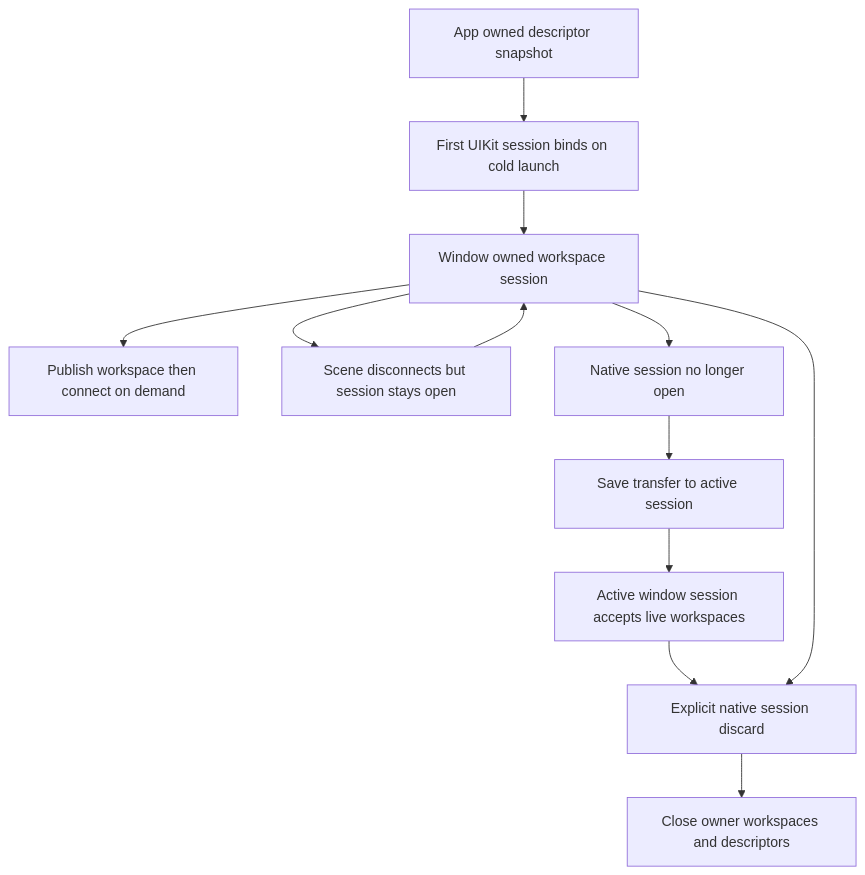
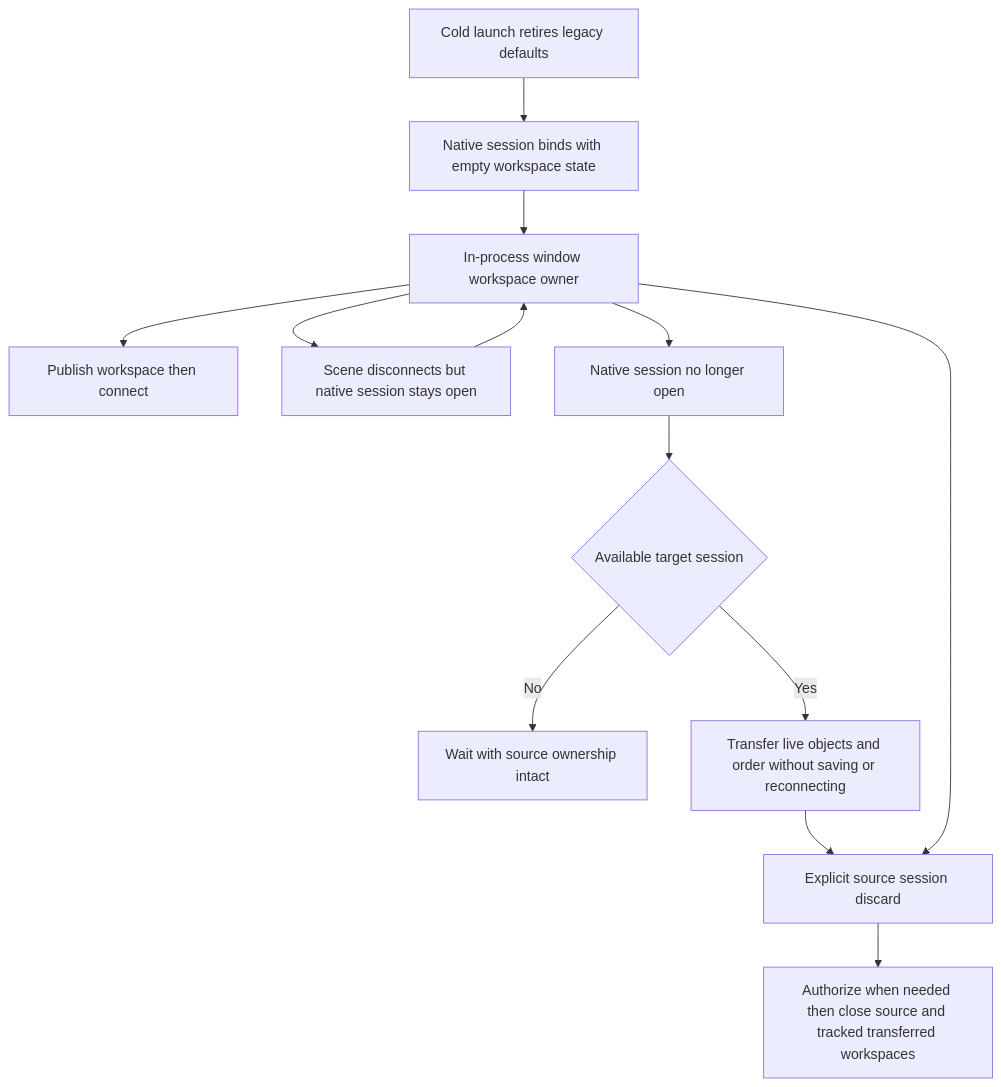
Before and after one commit to AkinoKaede/Termind: the fifth of 7 diagrams in openwiki/architecture/platform-runtime.md, drawn with Mermaid. The commit also changed other lines of this file and 65 other files, not shown here.

````diff
--- a/openwiki/architecture/platform-runtime.md
+++ b/openwiki/architecture/platform-runtime.md
@@ -374,14 +371,15 @@
 ```mermaid
 flowchart TD
-    Store["App owned descriptor snapshot"] --> Bind["First UIKit session binds on cold launch"]
-    Bind --> Owner["Window owned workspace session"]
-    Owner --> Open["Publish workspace then connect on demand"]
-    Owner --> Reclaim["Scene disconnects but session stays open"]
+    Cold["Cold launch retires legacy defaults"] --> Bind["Native session binds with empty workspace state"]
+    Bind --> Owner["In-process window workspace owner"]
+    Owner --> Open["Publish workspace then connect"]
+    Owner --> Reclaim["Scene disconnects but native session stays open"]
     Reclaim --> Owner
     Owner --> Missing["Native session no longer open"]
-    Missing --> Save["Save transfer to active session"]
-    Save --> Target["Active window session accepts live workspaces"]
-    Target --> Discard["Explicit native session discard"]
+    Missing --> Check{"Available target session"}
+    Check -->|"No"| Wait["Wait with source ownership intact"]
+    Check -->|"Yes"| Target["Transfer live objects and order without saving or reconnecting"]
+    Target --> Discard["Explicit source session discard"]
     Owner --> Discard
-    Discard --> Close["Close owner workspaces and descriptors"]
+    Discard --> Close["Authorize when needed then close source and tracked transferred workspaces"]
 ```
````
